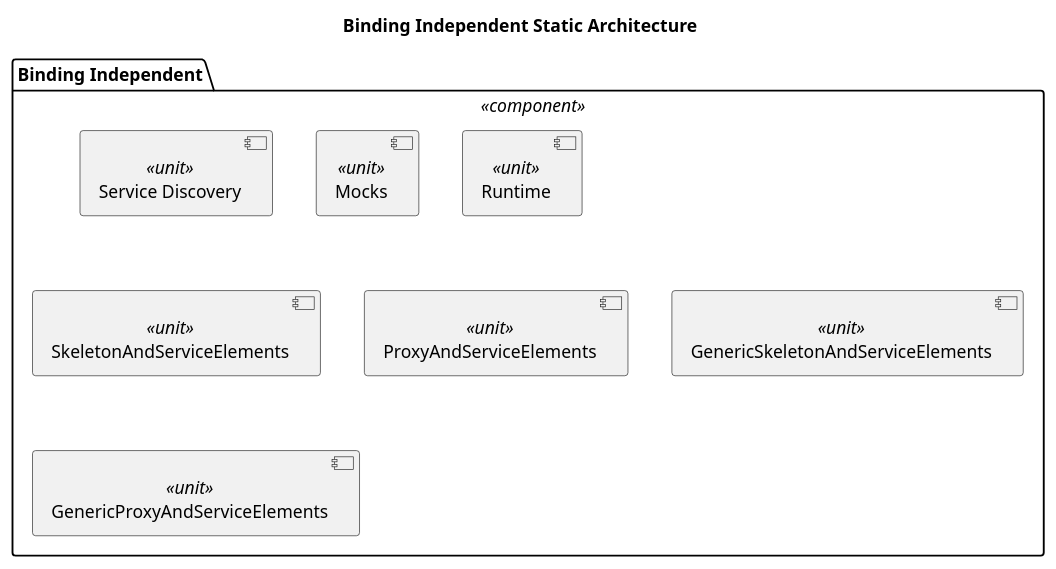
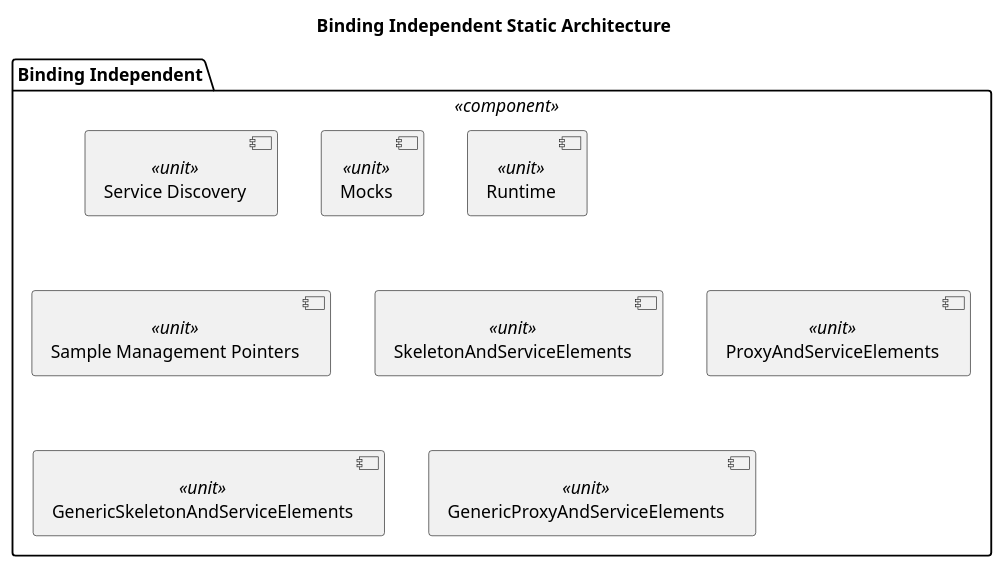
One commit to eclipse-score/communication changed the diagram in score/mw/com/dependability/architectural_design/static_design/binding_independent.puml. Above: the diagram before and after it, drawn with PlantUML. The commit also changed 2 other files, not shown here.

```diff
--- a/score/mw/com/dependability/architectural_design/static_design/binding_independent.puml
+++ b/score/mw/com/dependability/architectural_design/static_design/binding_independent.puml
@@ -13,18 +13,19 @@
 @startuml safety_sentinel_binding_independent_design
 title "Binding Independent Static Architecture"
 
 package "Binding Independent" as binding_independent <<component>> {
-  component "Service Discovery" as service_discovery <<unit>> 
-  component "Mocks" as mocks <<unit>> 
-  component "Runtime" as runtime <<unit>> 
+  component "Service Discovery" as service_discovery <<unit>>
+  component "Mocks" as mocks <<unit>>
+  component "Runtime" as runtime <<unit>>
+  component "Sample Management Pointers" as slot_pointers <<unit>>
 
   component "SkeletonAndServiceElements" as skeleton_and_service_elements <<unit>>
 
   component "ProxyAndServiceElements" as proxy_and_service_elements <<unit>>
 
   component "GenericSkeletonAndServiceElements" as generic_skeleton_and_service_elements <<unit>>
 
   component "GenericProxyAndServiceElements" as generic_proxy_and_service_elements <<unit>>
 }
 
 @enduml
```
